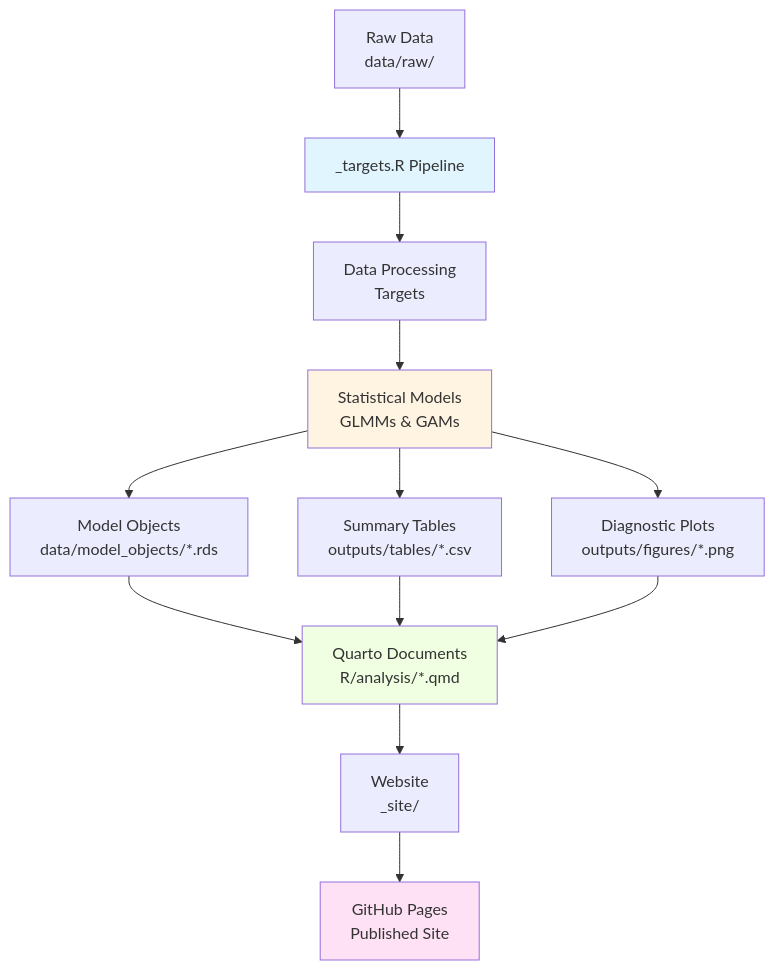
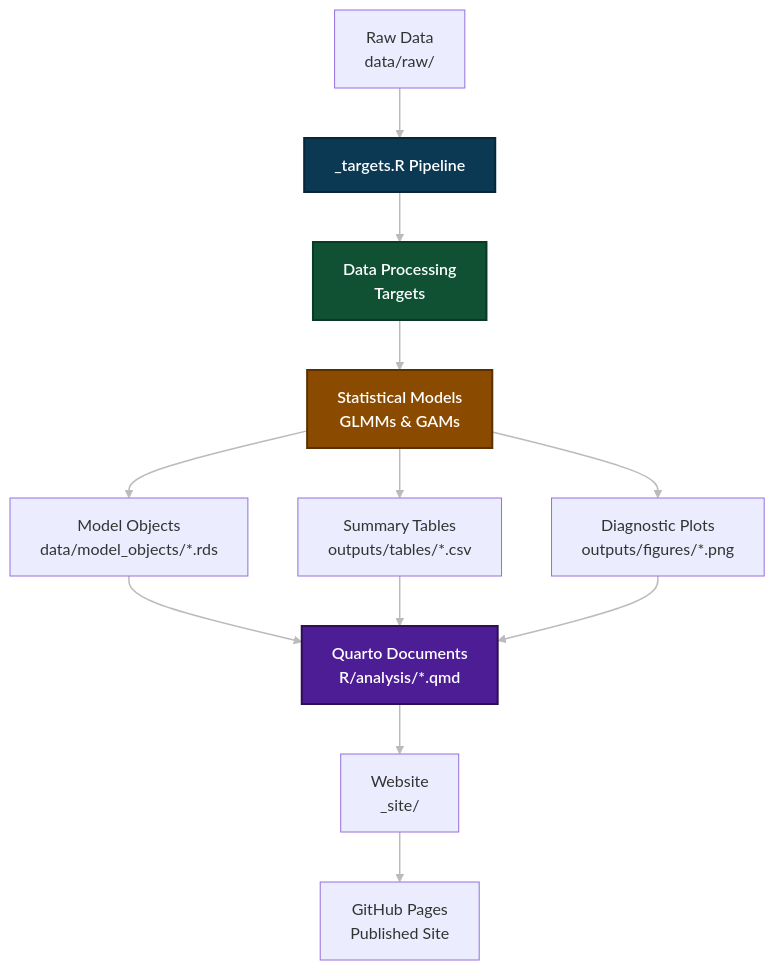
Before and after one commit to ddlawton/OSE-Range-Analysis: the diagram in README.md, drawn with Mermaid.

Commit message:
Refactor styles and class definitions in README
Updated styles and class definitions for diagram elements.

````diff
--- a/README.md
+++ b/README.md
@@ -44,19 +44,24 @@
 ```mermaid
 flowchart TD
     A[Raw Data<br/>data/raw/] --> B[_targets.R Pipeline]
     B --> C[Data Processing<br/>Targets]
     C --> D[Statistical Models<br/>GLMMs & GAMs]
     D --> E[Model Objects<br/>data/model_objects/*.rds]
     D --> F[Summary Tables<br/>outputs/tables/*.csv]
     D --> G[Diagnostic Plots<br/>outputs/figures/*.png]
     E --> H[Quarto Documents<br/>R/analysis/*.qmd]
     F --> H
     G --> H
     H --> I[Website<br/>_site/]
     I --> J[GitHub Pages<br/>Published Site]
-    
-    style B fill:#e1f5ff
-    style D fill:#fff4e1
-    style H fill:#f0ffe1
-    style J fill:#ffe1f5
+
+    classDef pipeline fill:#0B3954,stroke:#07263A,stroke-width:2px,color:#FFFFFF,font-weight:600;
+    classDef processing fill:#0F5132,stroke:#0A3925,stroke-width:2px,color:#FFFFFF,font-weight:600;
+    classDef models fill:#8A4B00,stroke:#5B2F00,stroke-width:2px,color:#FFFFFF,font-weight:600;
+    classDef docs fill:#4C1D95,stroke:#2E0F57,stroke-width:2px,color:#FFFFFF,font-weight:600;
+    class B pipeline;
+    class C processing;
+    class D models;
+    class H docs;
+    linkStyle default stroke:#bbb, stroke-width:1.5px;
 ```
````
